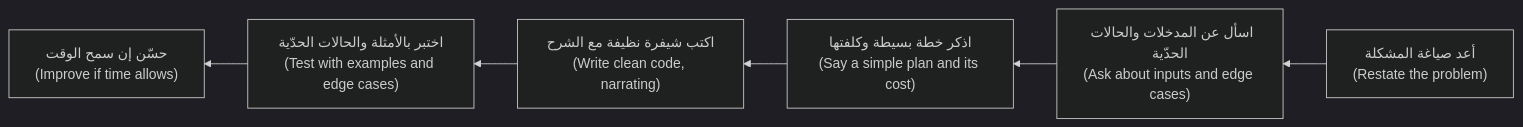
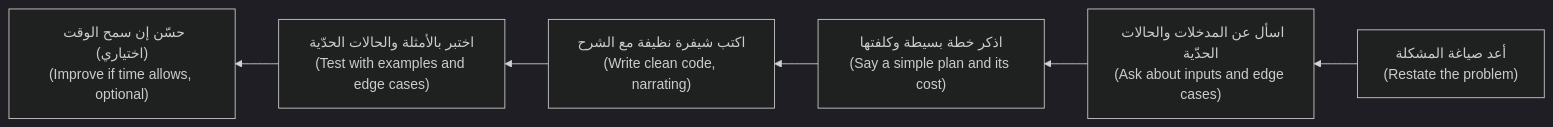
Before and after one commit to Tamoura/system-design-for-vibe-coders: the second of 3 diagrams in career/modules/05-interviews.ar.md, drawn with Mermaid (dark theme). The commit also changed other lines of this file and 551 other files, not shown here.

````diff
--- a/career/modules/05-interviews.ar.md
+++ b/career/modules/05-interviews.ar.md
@@ -292,8 +293,8 @@
 ```mermaid
 flowchart RL
     A["أعد صياغة المشكلة<br/>(Restate the problem)"] --> B["اسأل عن المدخلات والحالات الحدّية<br/>(Ask about inputs and edge cases)"]
     B --> C["اذكر خطة بسيطة وكلفتها<br/>(Say a simple plan and its cost)"]
     C --> D["اكتب شيفرة نظيفة مع الشرح<br/>(Write clean code, narrating)"]
     D --> E["اختبر بالأمثلة والحالات الحدّية<br/>(Test with examples and edge cases)"]
-    E --> F["حسّن إن سمح الوقت<br/>(Improve if time allows)"]
+    E --> F["حسّن إن سمح الوقت (اختياري)<br/>(Improve if time allows, optional)"]
 ```
````
